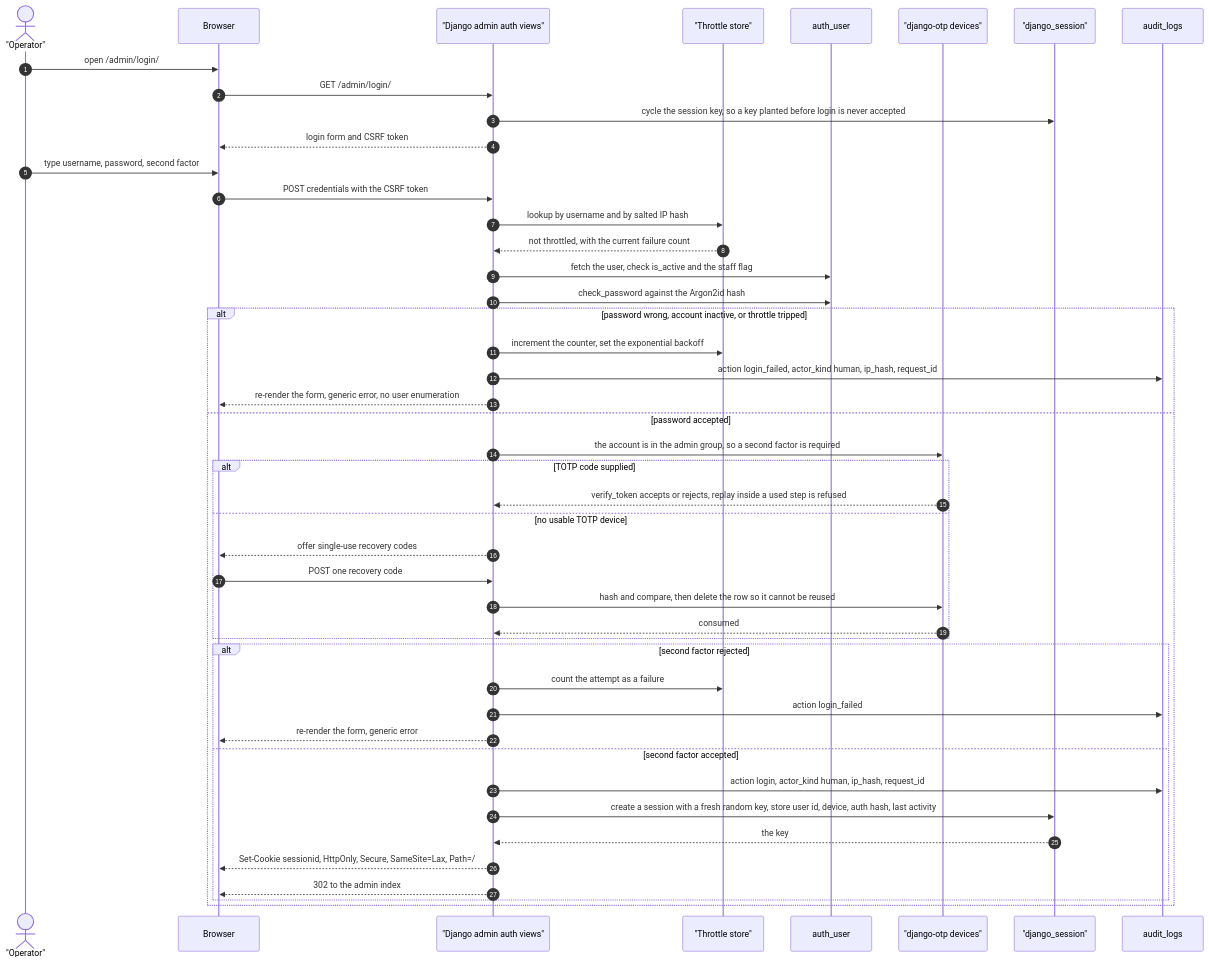
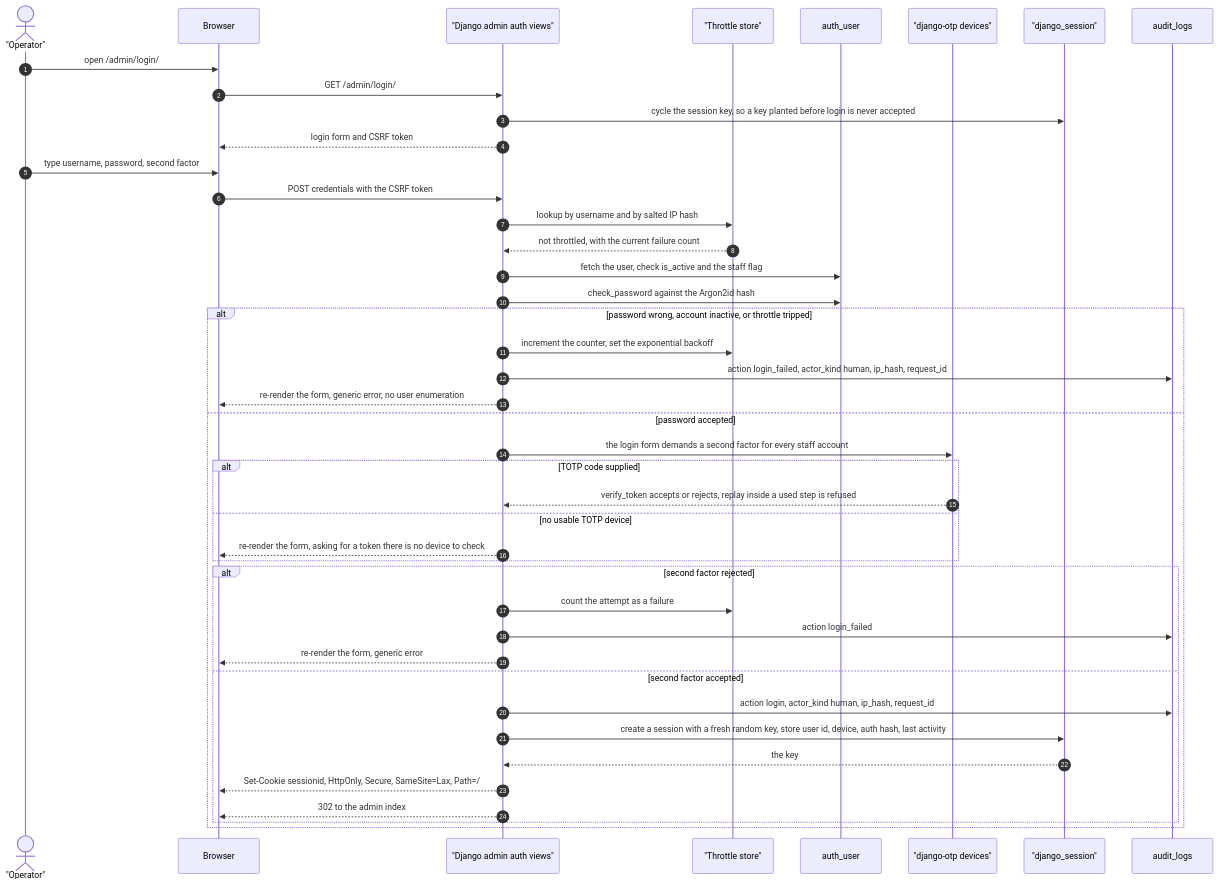
Before and after one commit to victorloal/Carnaval: the first of 5 diagrams in docs/02-diseno/autenticacion.md, drawn with Mermaid. The commit also changed other lines of this file and 7 other files, not shown here.

````diff
--- a/docs/02-diseno/autenticacion.md
+++ b/docs/02-diseno/autenticacion.md
@@ -30,51 +30,48 @@
 ```mermaid
 sequenceDiagram
     autonumber
     actor OP as "Operator"
     participant BR as Browser
     participant AV as "Django admin auth views"
     participant TH as "Throttle store"
     participant US as auth_user
     participant OT as "django-otp devices"
     participant SE as "django_session"
     participant AU as audit_logs
 
     OP ->> BR: open /admin/login/
     BR ->> AV: GET /admin/login/
     AV ->> SE: cycle the session key, so a key planted before login is never accepted
     AV -->> BR: login form and CSRF token
     OP ->> BR: type username, password, second factor
     BR ->> AV: POST credentials with the CSRF token
 
     AV ->> TH: lookup by username and by salted IP hash
     TH -->> AV: not throttled, with the current failure count
     AV ->> US: fetch the user, check is_active and the staff flag
     AV ->> US: check_password against the Argon2id hash
 
     alt password wrong, account inactive, or throttle tripped
         AV ->> TH: increment the counter, set the exponential backoff
         AV ->> AU: action login_failed, actor_kind human, ip_hash, request_id
         AV -->> BR: re-render the form, generic error, no user enumeration
     else password accepted
-        AV ->> OT: the account is in the admin group, so a second factor is required
+        AV ->> OT: the login form demands a second factor for every staff account
         alt TOTP code supplied
             OT -->> AV: verify_token accepts or rejects, replay inside a used step is refused
         else no usable TOTP device
-            AV -->> BR: offer single-use recovery codes
-            BR ->> AV: POST one recovery code
-            AV ->> OT: hash and compare, then delete the row so it cannot be reused
-            OT -->> AV: consumed
+            AV -->> BR: re-render the form, asking for a token there is no device to check
         end
         alt second factor rejected
             AV ->> TH: count the attempt as a failure
             AV ->> AU: action login_failed
             AV -->> BR: re-render the form, generic error
         else second factor accepted
             AV ->> AU: action login, actor_kind human, ip_hash, request_id
             AV ->> SE: create a session with a fresh random key, store user id, device, auth hash, last activity
             SE -->> AV: the key
             AV -->> BR: Set-Cookie sessionid, HttpOnly, Secure, SameSite=Lax, Path=/
             AV -->> BR: 302 to the admin index
         end
     end
 ```
````
